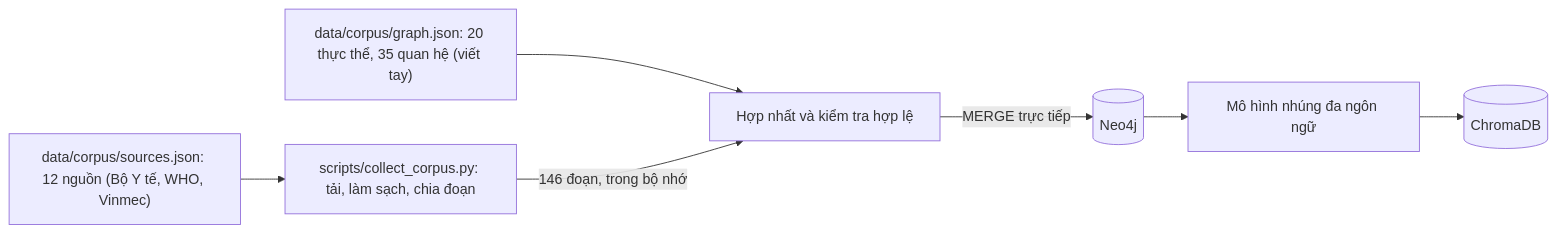
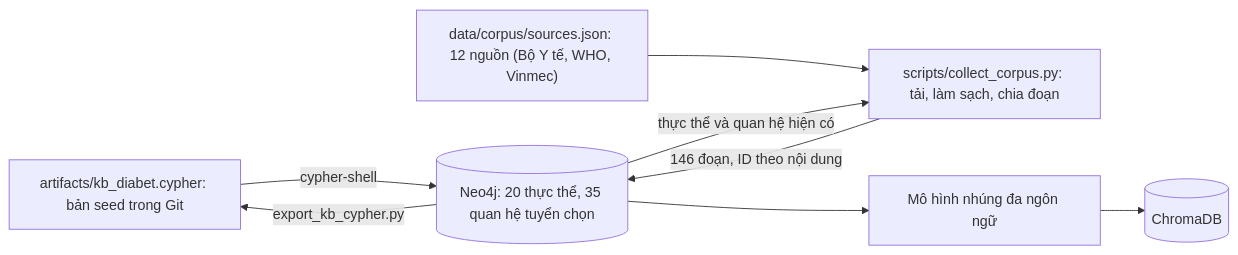
The second of 2 diagrams in docs/architecture.md (halobiron/Diabetes_Agent), drawn with Mermaid before and after one commit. The commit also changed other lines of this file and 27 other files, not shown here.

````diff
--- a/docs/architecture.md
+++ b/docs/architecture.md
@@ -86,8 +86,9 @@
 ```mermaid
 flowchart LR
+    SEED["artifacts/kb_diabet.cypher: bản seed trong Git"] -->|"cypher-shell"| NEO[("Neo4j: 20 thực thể, 35 quan hệ tuyển chọn")]
     SRC["data/corpus/sources.json: 12 nguồn (Bộ Y tế, WHO, Vinmec)"] --> COL["scripts/collect_corpus.py: tải, làm sạch, chia đoạn"]
-    GRAPH["data/corpus/graph.json: 20 thực thể, 35 quan hệ (viết tay)"] --> MERGE
-    COL -->|"146 đoạn, trong bộ nhớ"| MERGE["Hợp nhất và kiểm tra hợp lệ"]
-    MERGE -->|"MERGE trực tiếp"| NEO[("Neo4j")]
+    NEO -->|"thực thể và quan hệ hiện có"| COL
+    COL -->|"146 đoạn, ID theo nội dung"| NEO
+    NEO -->|"export_kb_cypher.py"| SEED
     NEO --> EMB["Mô hình nhúng đa ngôn ngữ"] --> CHR[("ChromaDB")]
 ```
````
